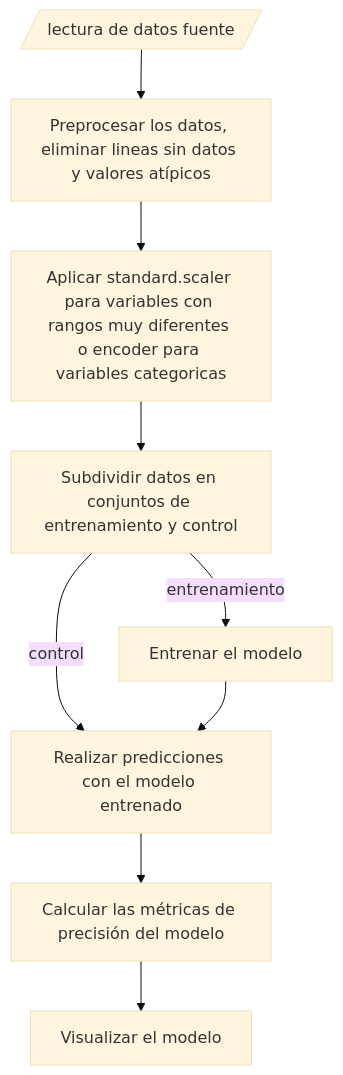
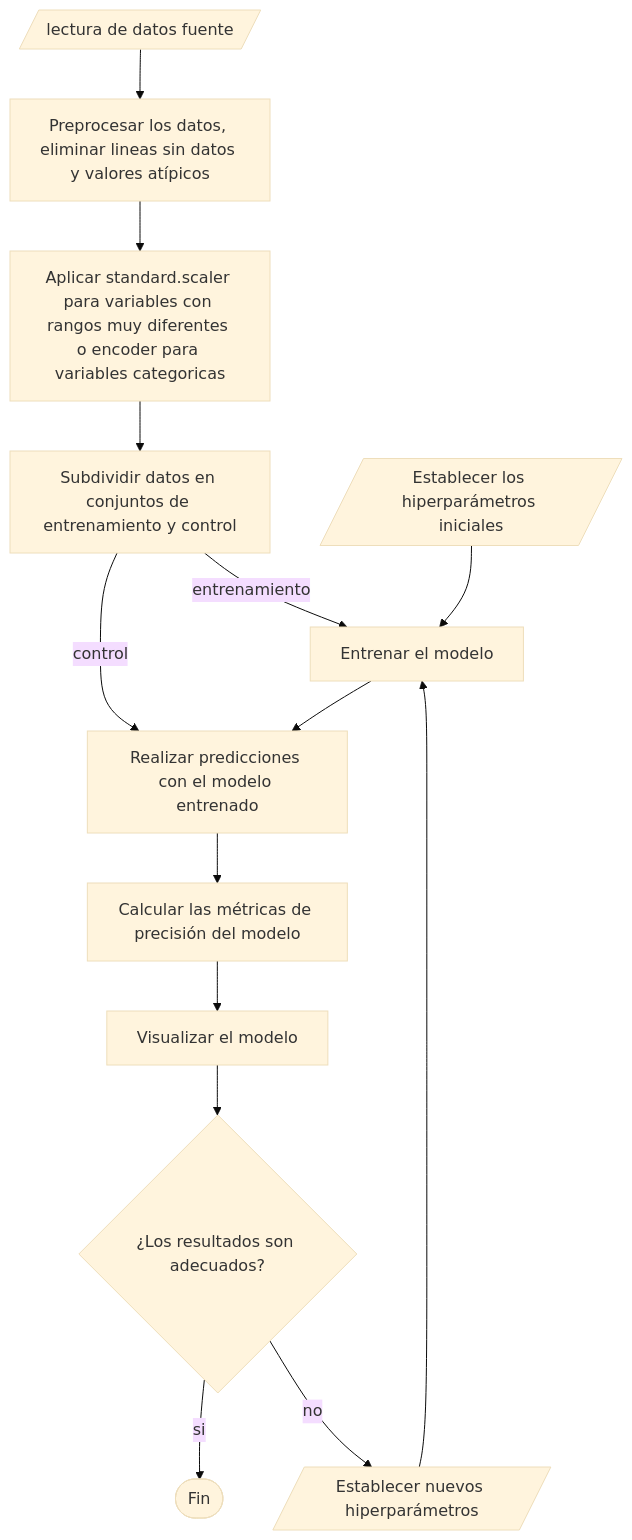
The diagram in Unidad_3/Proyecto_4_algoritmo.mermaid (vshalisko/PythonIntro), drawn with Mermaid (base theme) before and after one commit. The commit also changed other lines of this file, not shown here.

```diff
--- a/Unidad_3/Proyecto_4_algoritmo.mermaid
+++ b/Unidad_3/Proyecto_4_algoritmo.mermaid
@@ -1,10 +1,15 @@
 flowchart TD
   A[/lectura de datos fuente/] --> B
   B[Preprocesar los datos, eliminar lineas sin datos y valores atípicos] --> C
   C[Aplicar standard.scaler para variables con rangos muy diferentes o encoder para variables categoricas] --> D
   D[Subdividir datos en conjuntos de entrenamiento y control] -- entrenamiento --> E
   D -- control --> F
+  Hp[/Establecer los hiperparámetros iniciales/] --> E
   E[Entrenar el modelo] --> F
   F[Realizar predicciones con el modelo entrenado] --> G
   G[Calcular las métricas de precisión del modelo] --> H
-  H[Visualizar el modelo]
+  H[Visualizar el modelo] --> I
+  I{¿Los resultados son adecuados?} -- si --> Z
+  I -- no --> HpN
+  HpN[/Establecer nuevos hiperparámetros/] --> E
+  Z([Fin])
```
